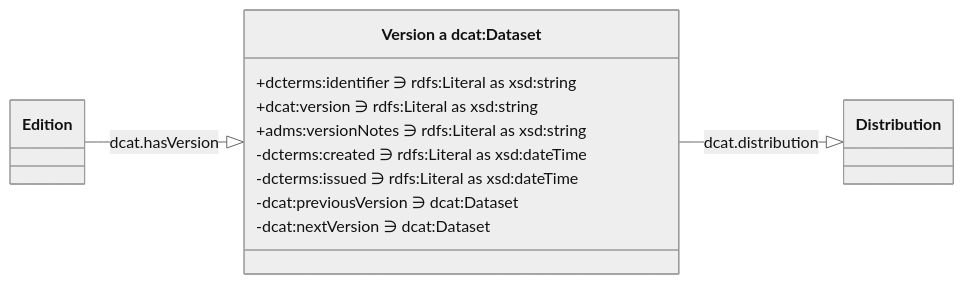
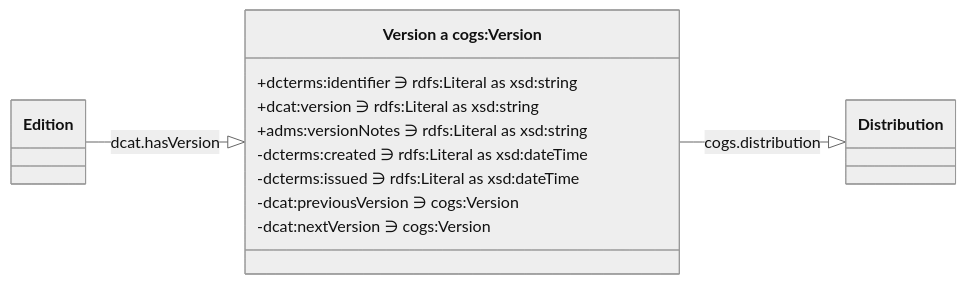
Before and after one commit to ONSdigital/application-profile: the fourth of 5 diagrams in README.md, drawn with Mermaid (neutral theme). The commit also changed other lines of this file and 11 other files, not shown here.

````diff
--- a/README.md
+++ b/README.md
@@ -517,17 +526,17 @@
 ```mermaid
 classDiagram
     direction RL
 
-    Distribution <|-- Version : dcat.distribution 
+    Distribution <|-- Version : cogs.distribution 
     Version <|-- Edition : dcat.hasVersion
 
-    class Version["Version a dcat:Dataset"] {
+    class Version["Version a cogs:Version"] {
         +dcterms:identifier ∋ rdfs:Literal as xsd:string
         +dcat:version ∋ rdfs:Literal as xsd:string
         +adms:versionNotes ∋ rdfs:Literal as xsd:string
         -dcterms:created ∋ rdfs:Literal as xsd:dateTime
         -dcterms:issued ∋ rdfs:Literal as xsd:dateTime
-        -dcat:previousVersion ∋ dcat:Dataset
-        -dcat:nextVersion ∋ dcat:Dataset
+        -dcat:previousVersion ∋ cogs:Version
+        -dcat:nextVersion ∋ cogs:Version
     }
 ```
````
